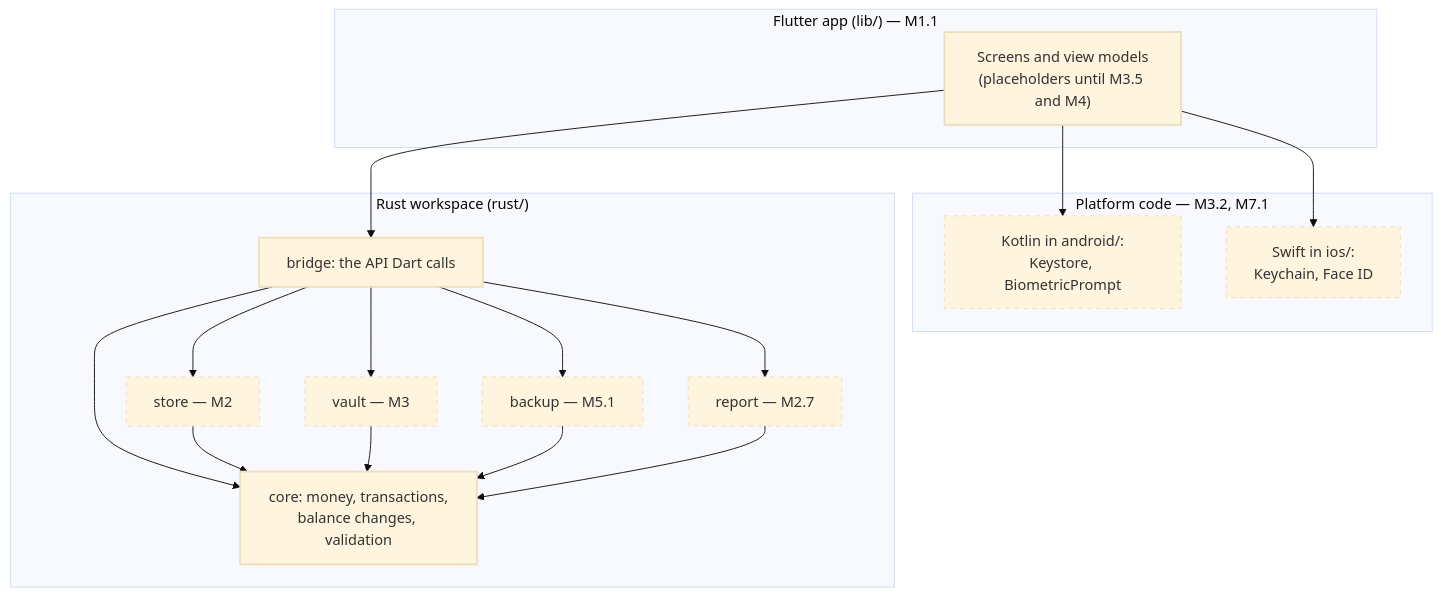
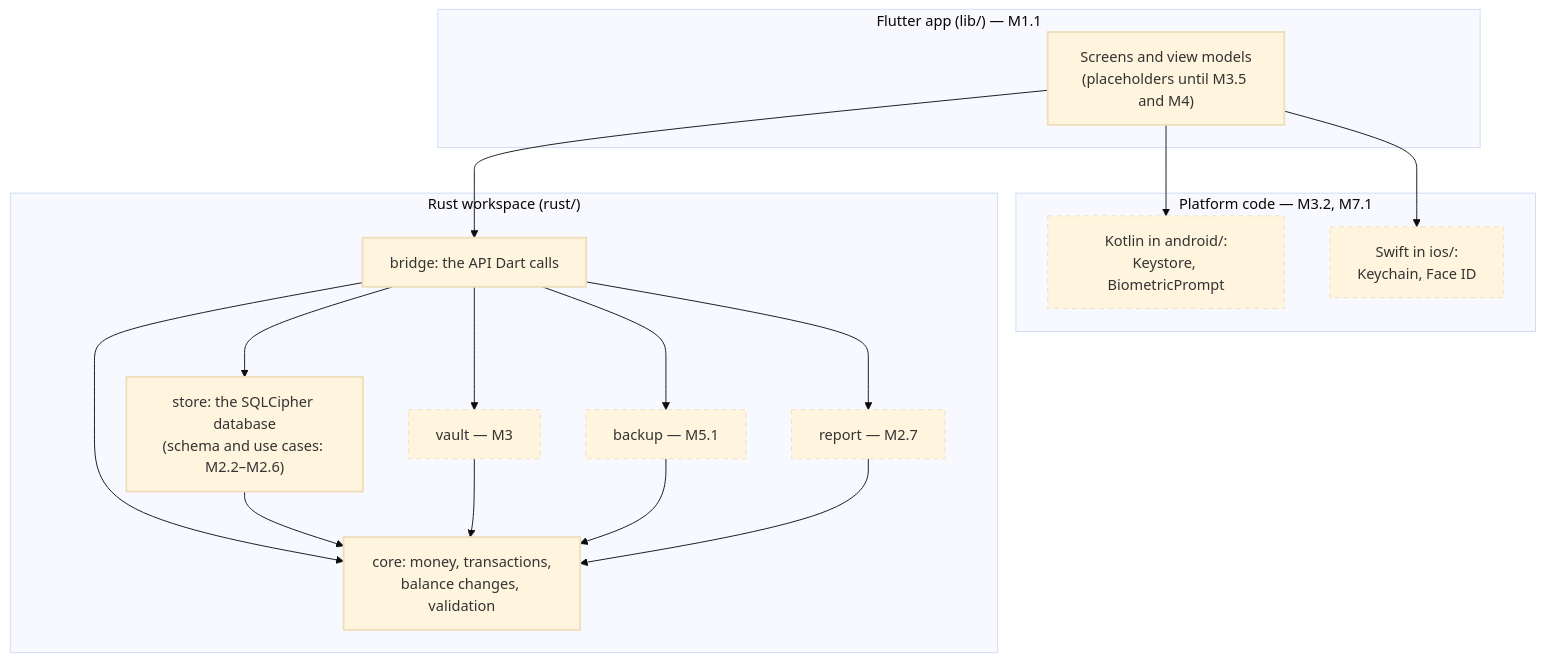
One commit to jabbott-iii/DenariiDolor changed the diagram in docs/01-architecture.md. Above: the diagram before and after it, drawn with Mermaid (base theme). The commit also changed other lines of this file and 21 other files, not shown here.

First line of the commit message:
feat(store): open v1's SQLCipher database from Rust (M2.1)

````diff
--- a/docs/01-architecture.md
+++ b/docs/01-architecture.md
@@ -30,35 +30,35 @@
 ```mermaid
 flowchart TB
     subgraph Dart["Flutter app (lib/) — M1.1"]
         UI["Screens and view models<br/>(placeholders until M3.5 and M4)"]
     end
     subgraph Native["Platform code — M3.2, M7.1"]
         KT["Kotlin in android/:<br/>Keystore, BiometricPrompt"]
         SW["Swift in ios/:<br/>Keychain, Face ID"]
     end
     subgraph Rust["Rust workspace (rust/)"]
         BR["bridge: the API Dart calls"]
-        ST["store — M2"]
+        ST["store: the SQLCipher database<br/>(schema and use cases: M2.2–M2.6)"]
         VA["vault — M3"]
         BK["backup — M5.1"]
         RP["report — M2.7"]
         CO["core: money, transactions,<br/>balance changes, validation"]
     end
     UI --> BR
     UI --> KT
     UI --> SW
     BR --> ST
     BR --> VA
     BR --> BK
     BR --> RP
     BR --> CO
     ST --> CO
     VA --> CO
     BK --> CO
     RP --> CO
 
     classDef built stroke-width:2px
     classDef planned stroke-dasharray: 5 5
-    class CO,UI,BR built
-    class KT,SW,ST,VA,BK,RP planned
+    class CO,UI,BR,ST built
+    class KT,SW,VA,BK,RP planned
 ```
````
